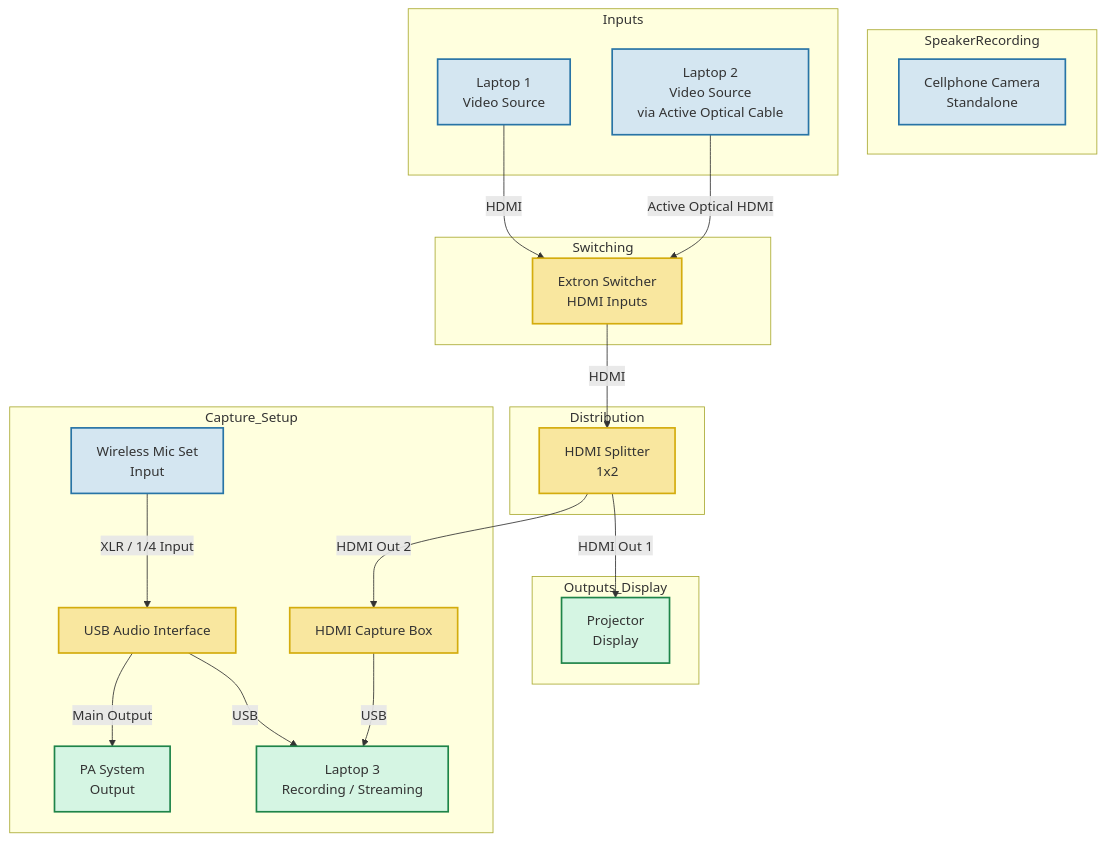
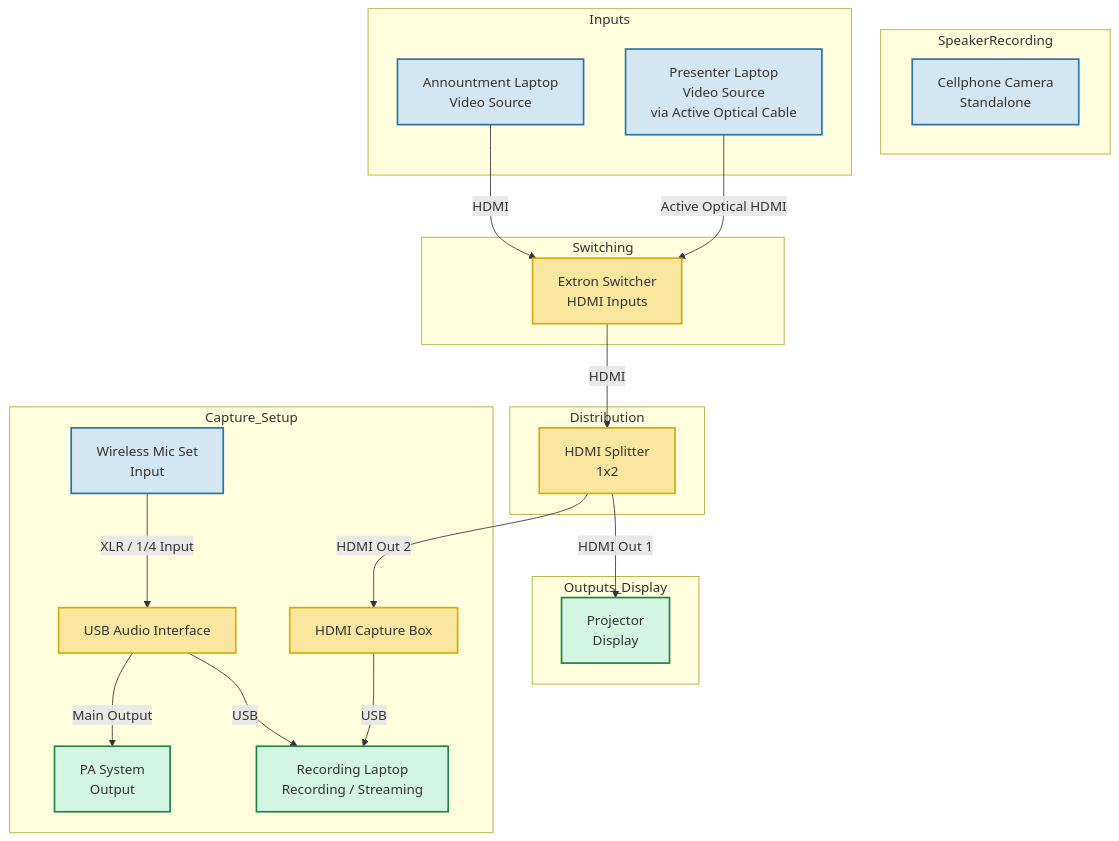
Before and after one commit to TechLancaster/av-tech: the diagram in README.md, drawn with Mermaid.

Commit message:
Better naming of latops.

````diff
--- a/README.md
+++ b/README.md
@@ -4,57 +4,57 @@
 ```mermaid
 
 graph TD
     subgraph SpeakerRecording
         PHONE[Cellphone Camera<br>Standalone]
     end
 
     subgraph Inputs
-        L1[Laptop 1<br>Video Source]
-        L2[Laptop 2<br>Video Source<br>via Active Optical Cable]
+        L2[Annountment Laptop<br>Video Source]
+        L1[Presenter Laptop<br>Video Source<br>via Active Optical Cable]
     end
 
     subgraph Switching
         EX[Extron Switcher<br>HDMI Inputs]
     end
 
     subgraph Distribution
         SPLIT[HDMI Splitter<br>1x2]
     end
 
     subgraph Outputs_Display
         PROJ[Projector<br>Display]
     end
 
     subgraph Capture_Setup
         CAP[HDMI Capture Box]
-        L3[Laptop 3<br>Recording / Streaming]
+        L3[Recording Laptop<br>Recording / Streaming]
         AUDIO_IF[USB Audio Interface]
         WIRELESS[Wireless Mic Set<br>Input]
         PA[PA System<br>Output]
     end
 
     %% Connections
-    L1 -->|HDMI| EX
-    L2 -->|Active Optical HDMI| EX
+    L2 -->|HDMI| EX
+    L1 -->|Active Optical HDMI| EX
 
     EX -->|HDMI| SPLIT
 
     SPLIT -->|HDMI Out 1| PROJ
     SPLIT -->|HDMI Out 2| CAP
 
     CAP -->|USB| L3
 
     WIRELESS -->|XLR / 1/4 Input| AUDIO_IF
     AUDIO_IF -->|USB| L3
     AUDIO_IF -->|Main Output| PA
 
     %% Styling
     classDef source fill:#d4e6f1,stroke:#2874a6,stroke-width:2px;
     classDef processing fill:#f9e79f,stroke:#d4ac0d,stroke-width:2px;
     classDef output fill:#d5f5e3,stroke:#1e8449,stroke-width:2px;
 
     class L1,L2,PHONE,WIRELESS source;
     class EX,SPLIT,CAP,AUDIO_IF processing;
     class PROJ,PA,L3 output;
 
 ```
````
